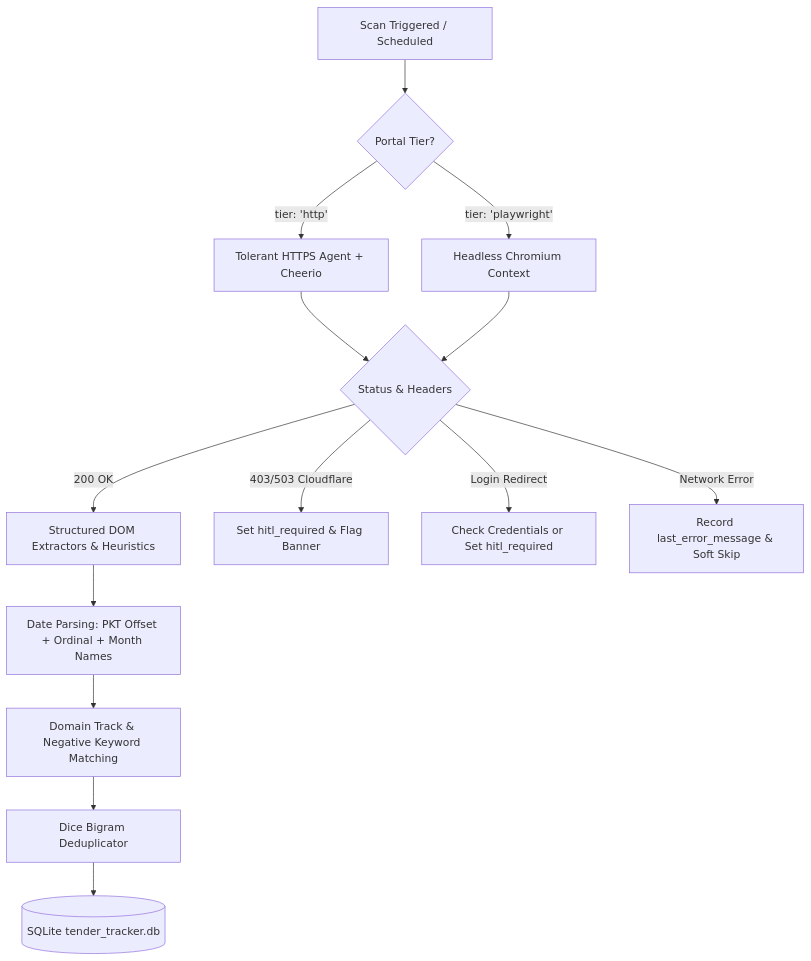
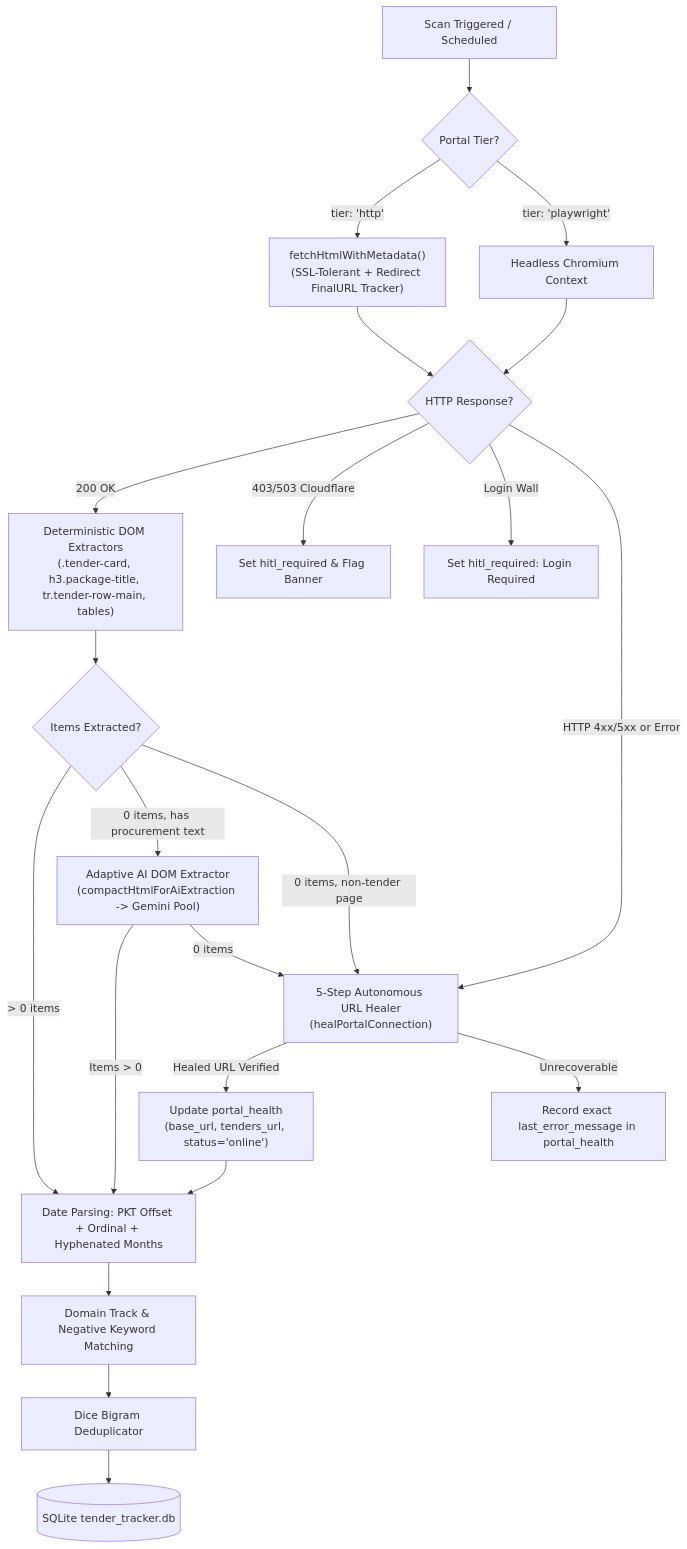
One commit to ahsanabdullah90/Tender-Search changed the diagram in docs/05-portals-and-scraping.md. Above: the diagram before and after it, drawn with Mermaid. The commit also changed other lines of this file and 10 other files, not shown here.

Commit message:
feat(scraper): implement 5-step self-healing scraper, BPPRA multi-row parser, and update docs

````diff
--- a/docs/05-portals-and-scraping.md
+++ b/docs/05-portals-and-scraping.md
@@ -32,20 +32,31 @@
 ```mermaid
 flowchart TD
     ScanTrigger[Scan Triggered / Scheduled] --> TierBranch{Portal Tier?}
 
-    TierBranch -->|tier: 'http'| HttpFetch[Tolerant HTTPS Agent + Cheerio]
+    TierBranch -->|tier: 'http'| HttpFetch["fetchHtmlWithMetadata()<br/>(SSL-Tolerant + Redirect FinalURL Tracker)"]
     TierBranch -->|tier: 'playwright'| PlaywrightFetch[Headless Chromium Context]
 
-    HttpFetch --> RespCheck{Status & Headers}
+    HttpFetch --> RespCheck{HTTP Response?}
     PlaywrightFetch --> RespCheck
 
-    RespCheck -->|200 OK| DOMExtract[Structured DOM Extractors & Heuristics]
+    RespCheck -->|200 OK| DOMExtract["Deterministic DOM Extractors<br/>(.tender-card, h3.package-title, tr.tender-row-main, tables)"]
     RespCheck -->|403/503 Cloudflare| ChallengeDetect[Set hitl_required & Flag Banner]
-    RespCheck -->|Login Redirect| LoginDetect[Check Credentials or Set hitl_required]
-    RespCheck -->|Network Error| ErrorHandler[Record last_error_message & Soft Skip]
+    RespCheck -->|Login Wall| LoginDetect[Set hitl_required: Login Required]
+    RespCheck -->|HTTP 4xx/5xx or Error| Healer["5-Step Autonomous URL Healer<br/>(healPortalConnection)"]
 
-    DOMExtract --> DateNorm[Date Parsing: PKT Offset + Ordinal + Month Names]
+    DOMExtract --> YieldCheck{Items Extracted?}
+    YieldCheck -->|> 0 items| DateNorm[Date Parsing: PKT Offset + Ordinal + Hyphenated Months]
+    YieldCheck -->|0 items, has procurement text| AiDom["Adaptive AI DOM Extractor<br/>(compactHtmlForAiExtraction -> Gemini Pool)"]
+    YieldCheck -->|0 items, non-tender page| Healer
+
+    AiDom -->|Items > 0| DateNorm
+    AiDom -->|0 items| Healer
+
+    Healer -->|Healed URL Verified| SaveHealed["Update portal_health<br/>(base_url, tenders_url, status='online')"]
+    SaveHealed --> DateNorm
+    Healer -->|Unrecoverable| ErrorHandler["Record exact last_error_message in portal_health"]
+
     DateNorm --> TrackMatch[Domain Track & Negative Keyword Matching]
     TrackMatch --> Dedupe[Dice Bigram Deduplicator]
     Dedupe --> DB[(SQLite tender_tracker.db)]
 ```
````
